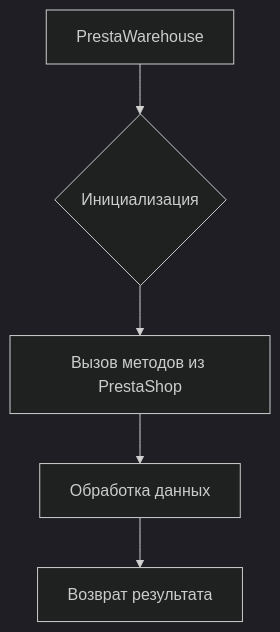
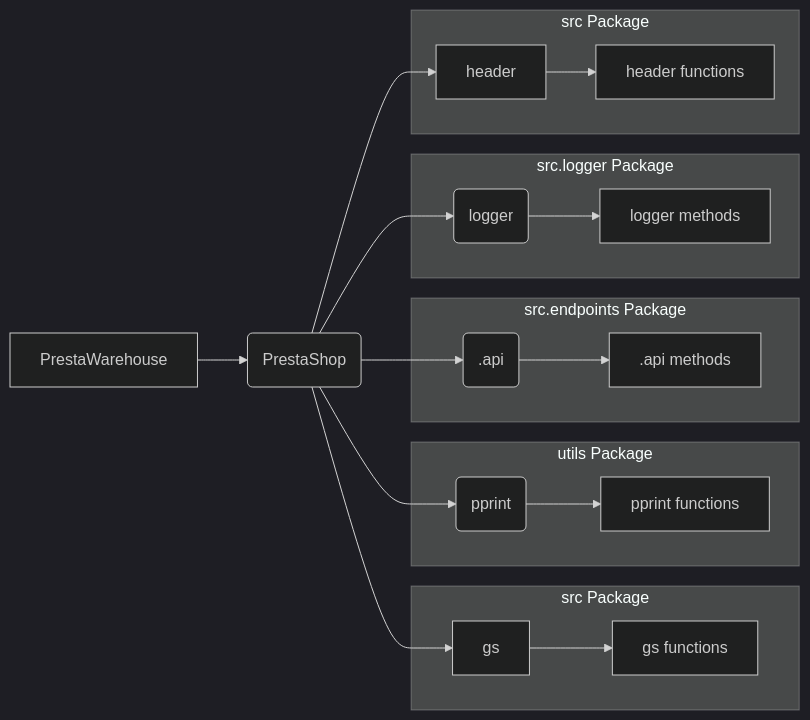
The diagram in docs/gemini/ru/explainer/src/endpoints/prestashop/warehouse.md (hypo69/hypo), drawn with Mermaid (dark theme) before and after one commit. The commit also changed other lines of this file and 43 other files, not shown here.

````diff
--- a/docs/gemini/ru/explainer/src/endpoints/prestashop/warehouse.md
+++ b/docs/gemini/ru/explainer/src/endpoints/prestashop/warehouse.md
@@ -37,7 +40,26 @@
 ```mermaid
-graph TD
-    A[PrestaWarehouse] --> B{Инициализация};
-    B --> C[Вызов методов из PrestaShop];
-    C --> D[Обработка данных];
-    D --> E[Возврат результата];
+graph LR
+    A[PrestaWarehouse] --> B(PrestaShop);
+    B --> C[gs];
+    B --> D(pprint);
+    B --> E(logger);
+    B --> F[header];
+    B --> G(.api);
+    subgraph "src Package"
+        C --> H[gs functions];
+    end
+    subgraph "utils Package"
+        D --> I[pprint functions];
+    end
+
+    subgraph "src.endpoints Package"
+        G --> J[.api methods];
+    end
+    subgraph "src.logger Package"
+        E --> K[logger methods];
+    end
+    subgraph "src Package"
+        F --> L[header functions];
+    end
+
 ```
````
